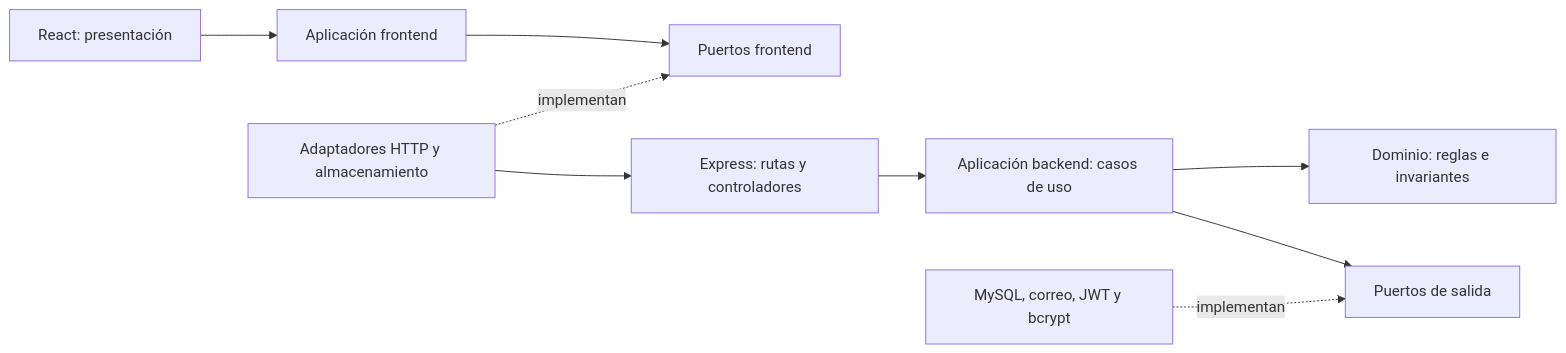
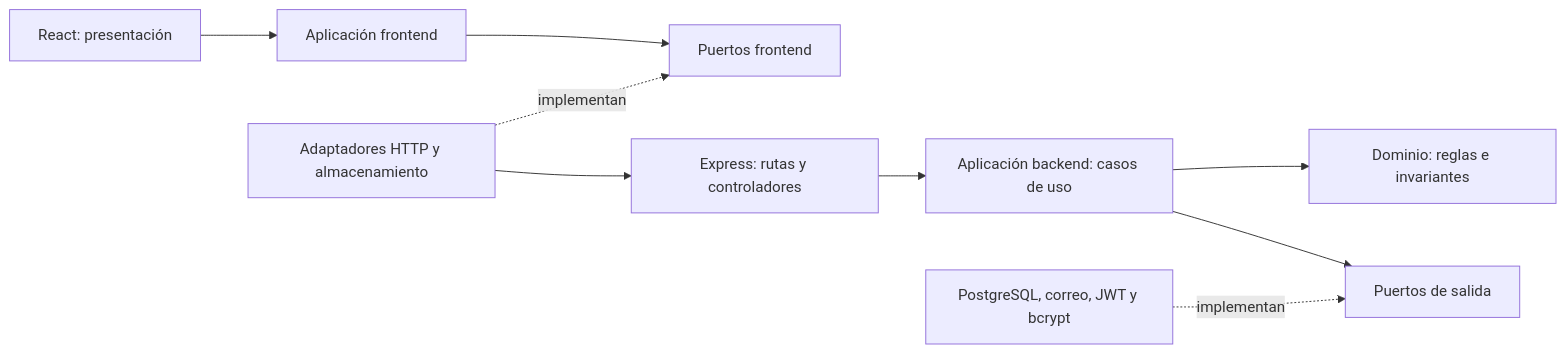
Before and after one commit to TitanLopezz/Markettaller: the diagram in ARQUITECTURA.md, drawn with Mermaid. The commit also changed other lines of this file and 32 other files, not shown here.

Commit message:
Migra persistencia y despliegue AWS a PostgreSQL

````diff
--- a/ARQUITECTURA.md
+++ b/ARQUITECTURA.md
@@ -5,11 +5,11 @@
 ```mermaid
 flowchart LR
   UI[React: presentación] --> FA[Aplicación frontend]
   FA --> FP[Puertos frontend]
   FH[Adaptadores HTTP y almacenamiento] -. implementan .-> FP
   FH --> HTTP[Express: rutas y controladores]
   HTTP --> APP[Aplicación backend: casos de uso]
   APP --> DOMAIN[Dominio: reglas e invariantes]
   APP --> PORTS[Puertos de salida]
-  ADAPTERS[MySQL, correo, JWT y bcrypt] -. implementan .-> PORTS
+  ADAPTERS[PostgreSQL, correo, JWT y bcrypt] -. implementan .-> PORTS
 ```
````
